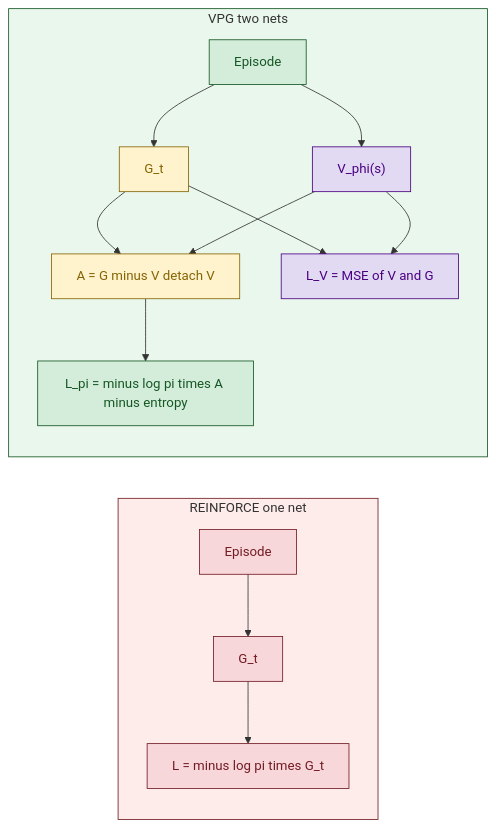
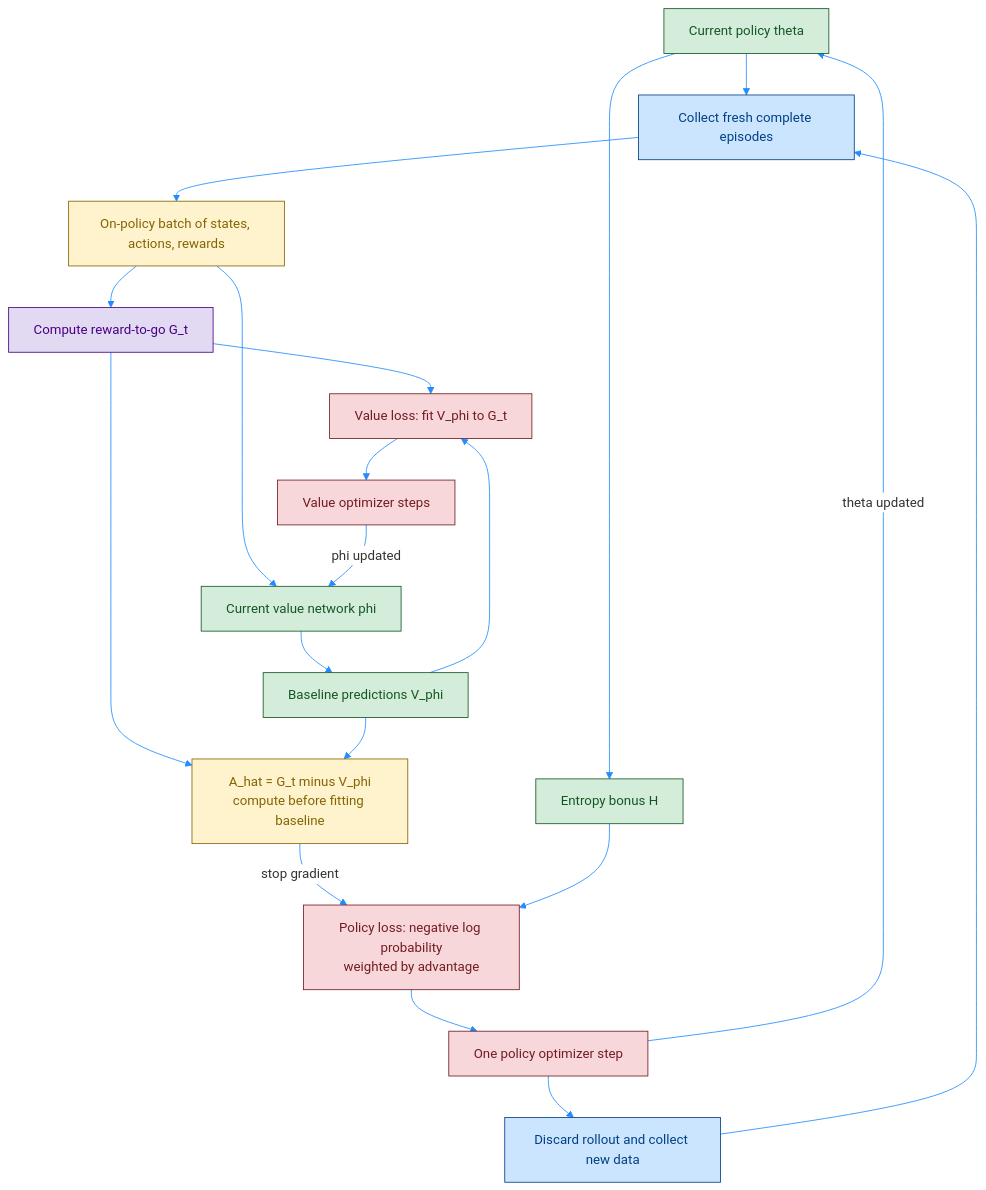
The second of 3 diagrams in Day81 RL python/02_Miguel Morales - Grokking Deep Reinforcement Learning/02_rl_with_dl/rom_photos/07_1_PB_VPG.md (Open-Source-Robotics-For-Myanmar/rl), drawn with Mermaid before and after one commit. The commit also changed other lines of this file and 5 other files, not shown here.

Commit message:
docs: organize paper and architecture notes in README

````diff
--- a/Day81 RL python/02_Miguel Morales - Grokking Deep Reinforcement Learning/02_rl_with_dl/rom_photos/07_1_PB_VPG.md
+++ b/Day81 RL python/02_Miguel Morales - Grokking Deep Reinforcement Learning/02_rl_with_dl/rom_photos/07_1_PB_VPG.md
@@ -110,25 +61,33 @@
 ```mermaid
-flowchart LR
-    subgraph Plain["REINFORCE one net"]
-        R1["Episode"]:::train --> R2["G_t"]:::train
-        R2 --> R3["L = minus log pi times G_t"]:::train
-    end
+%%{init: {'theme': 'base', 'themeVariables': { 'primaryColor': '#ffffff', 'lineColor': '#218bff'}}}%%
+flowchart TD
+    P["Current policy theta"] --> C["Collect fresh complete episodes"]
+    C --> B["On-policy batch of states, actions, rewards"]
+    B --> G["Compute reward-to-go G_t"]
+    B --> V["Current value network phi"]
+    V --> VS["Baseline predictions V_phi"]
+    G --> A["A_hat = G_t minus V_phi<br/>compute before fitting baseline"]
+    VS --> A
+    A -->|"stop gradient"| LP["Policy loss: negative log probability<br/>weighted by advantage"]
+    P --> H["Entropy bonus H"]
+    H --> LP
+    LP --> OP["One policy optimizer step"]
+    OP -->|"theta updated"| P
+    VS --> LV["Value loss: fit V_phi to G_t"]
+    G --> LV
+    LV --> OV["Value optimizer steps"]
+    OV -->|"phi updated"| V
+    OP --> N["Discard rollout and collect new data"]
+    N --> C
 
-    subgraph WithBase["VPG two nets"]
-        V1["Episode"]:::policy --> V2["G_t"]:::sample
-        V1 --> V3["V_phi(s)"]:::value
-        V2 --> V4["A = G minus V detach V"]:::sample
-        V3 --> V4
-        V4 --> V5["L_pi = minus log pi times A minus entropy"]:::policy
-        V2 --> V6["L_V = MSE of V and G"]:::value
-        V3 --> V6
-    end
-
-    classDef policy fill:#d4edda,stroke:#155724,color:#155724
-    classDef sample fill:#fff3cd,stroke:#856404,color:#856404
-    classDef value fill:#e2d9f3,stroke:#4b0082,color:#4b0082
-    classDef train fill:#f8d7da,stroke:#721c24,color:#721c24
-
-    style Plain fill:#fdecea,stroke:#721c24
-    style WithBase fill:#eaf7ec,stroke:#155724
+    classDef data fill:#cce5ff,stroke:#004085,stroke-width:1px,color:#004085;
+    classDef network fill:#d4edda,stroke:#155724,stroke-width:1px,color:#155724;
+    classDef batch fill:#fff3cd,stroke:#856404,stroke-width:1px,color:#856404;
+    classDef target fill:#e2d9f3,stroke:#4b0082,stroke-width:1px,color:#4b0082;
+    classDef train fill:#f8d7da,stroke:#721c24,stroke-width:1px,color:#721c24;
+    class C,N data;
+    class P,V,VS,H network;
+    class B,A batch;
+    class G target;
+    class LP,OP,LV,OV train;
 ```
````
